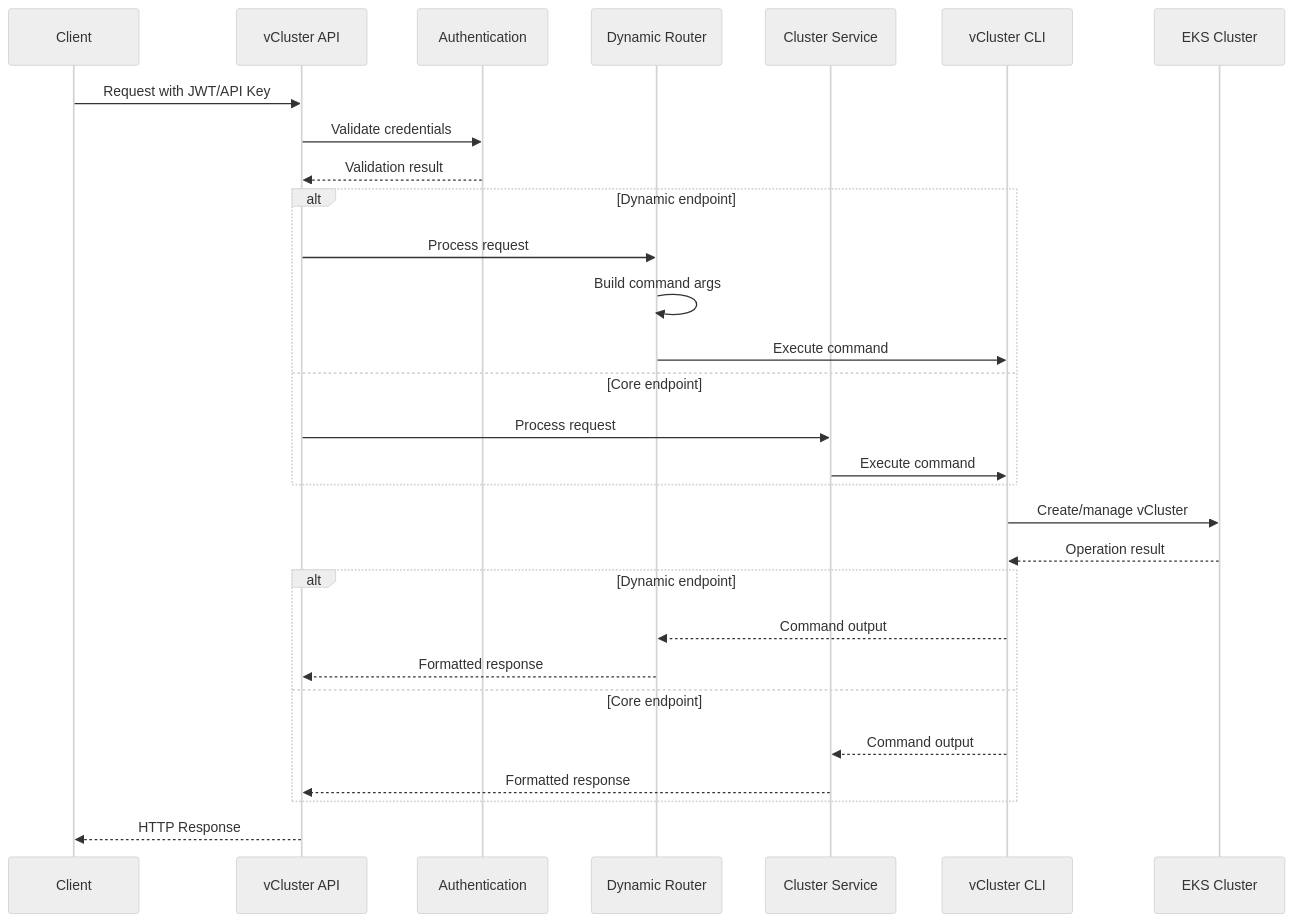
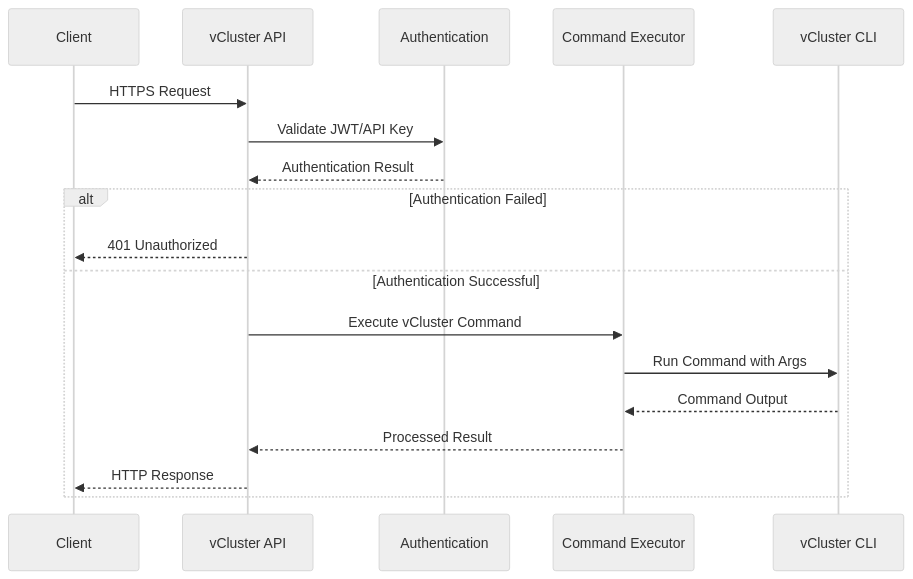
The second of 4 diagrams in vCluster/02.Solution_Summary.md (paulpas/Brainstorming), drawn with Mermaid (neutral theme) before and after one commit. The commit also changed other lines of this file, not shown here.

````diff
--- a/vCluster/02.Solution_Summary.md
+++ b/vCluster/02.Solution_Summary.md
@@ -35,36 +41,22 @@
 ```mermaid
 sequenceDiagram
-    participant Client
+    participant Client as Client
     participant API as vCluster API
     participant Auth as Authentication
-    participant Dynamic as Dynamic Router
-    participant Service as Cluster Service
-    participant CLI as vCluster CLI
-    participant EKS as EKS Cluster
+    participant Executor as Command Executor
+    participant vCluster as vCluster CLI
     
-    Client->>API: Request with JWT/API Key
-    API->>Auth: Validate credentials
-    Auth-->>API: Validation result
+    Client->>API: HTTPS Request
+    API->>Auth: Validate JWT/API Key
+    Auth-->>API: Authentication Result
     
-    alt Dynamic endpoint
-        API->>Dynamic: Process request
-        Dynamic->>Dynamic: Build command args
-        Dynamic->>CLI: Execute command
-    else Core endpoint
-        API->>Service: Process request
-        Service->>CLI: Execute command
+    alt Authentication Failed
+        API-->>Client: 401 Unauthorized
+    else Authentication Successful
+        API->>Executor: Execute vCluster Command
+        Executor->>vCluster: Run Command with Args
+        vCluster-->>Executor: Command Output
+        Executor-->>API: Processed Result
+        API-->>Client: HTTP Response
     end
-    
-    CLI->>EKS: Create/manage vCluster
-    EKS-->>CLI: Operation result
-    
-    alt Dynamic endpoint
-        CLI-->>Dynamic: Command output
-        Dynamic-->>API: Formatted response
-    else Core endpoint
-        CLI-->>Service: Command output
-        Service-->>API: Formatted response
-    end
-    
-    API-->>Client: HTTP Response
 ```
````
